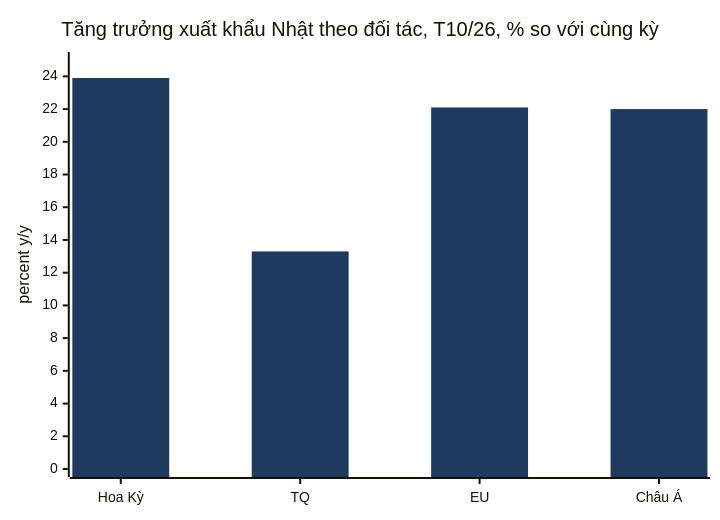
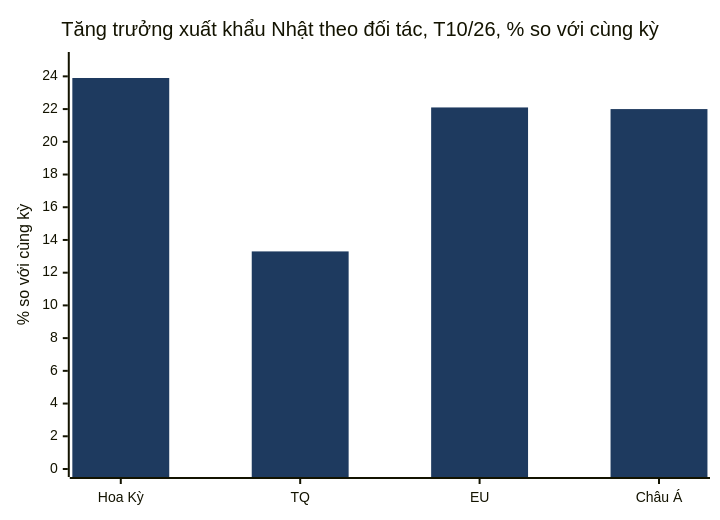
Before and after one commit to dureach/research: the fifth of 15 diagrams in Global-Trade-Intelligence-weekly-2026-11-23/index.vi.md, drawn with Mermaid. The commit also changed other lines of this file and 5 other files, not shown here.

````diff
--- a/Global-Trade-Intelligence-weekly-2026-11-23/index.vi.md
+++ b/Global-Trade-Intelligence-weekly-2026-11-23/index.vi.md
@@ -421,8 +421,8 @@
 ```mermaid
 %%{init: {'theme': 'base', 'themeVariables': {'xyChart': {'plotColorPalette': '#1e3a5f'}}}}%%
 xychart-beta
     title "Tăng trưởng xuất khẩu Nhật theo đối tác, T10/26, % so với cùng kỳ"
     x-axis ["Hoa Kỳ", "TQ", "EU", "Châu Á"]
-    y-axis "percent y/y" 0 --> 25
+    y-axis "% so với cùng kỳ" 0 --> 25
     bar [23.9, 13.3, 22.1, 22.0]
 ```
````
